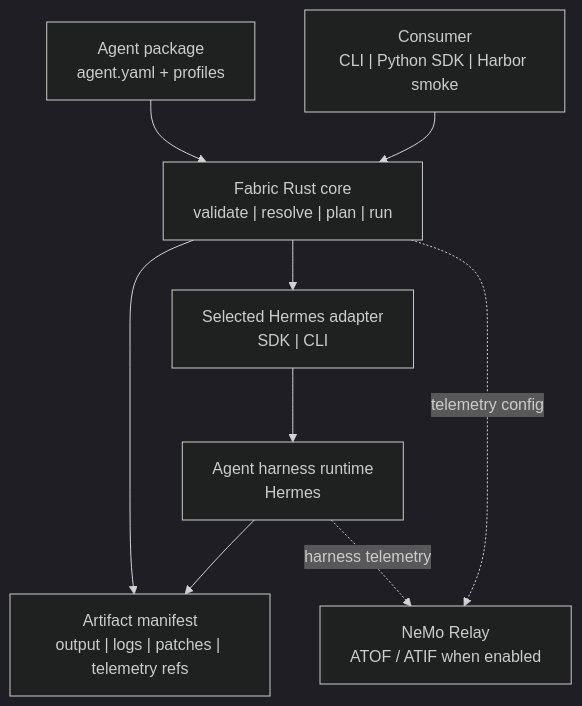
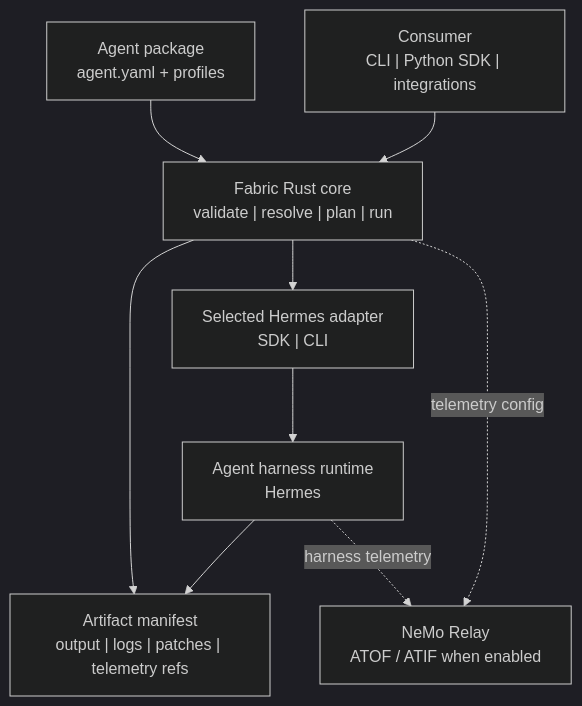
One commit to NVIDIA/NeMo-Fabric changed the diagram in README.md. Above: the diagram before and after it, drawn with Mermaid (dark theme). The commit also changed other lines of this file and 65 other files, not shown here.

````diff
--- a/README.md
+++ b/README.md
@@ -25,19 +30,19 @@
 ```mermaid
 flowchart TB
-  Consumer["Consumer\nCLI | Python SDK | Harbor smoke"]
+  Consumer["Consumer\nCLI | Python SDK | integrations"]
   Config["Agent package\nagent.yaml + profiles"]
   Core["Fabric Rust core\nvalidate | resolve | plan | run"]
   Adapter["Selected Hermes adapter\nSDK | CLI"]
   Harness["Agent harness runtime\nHermes"]
   Artifacts["Artifact manifest\noutput | logs | patches | telemetry refs"]
   Relay["NeMo Relay\nATOF / ATIF when enabled"]
 
   Consumer --> Core
   Config --> Core
   Core --> Adapter
   Adapter --> Harness
   Harness --> Artifacts
   Core --> Artifacts
   Core -. telemetry config .-> Relay
   Harness -. harness telemetry .-> Relay
 ```
````
